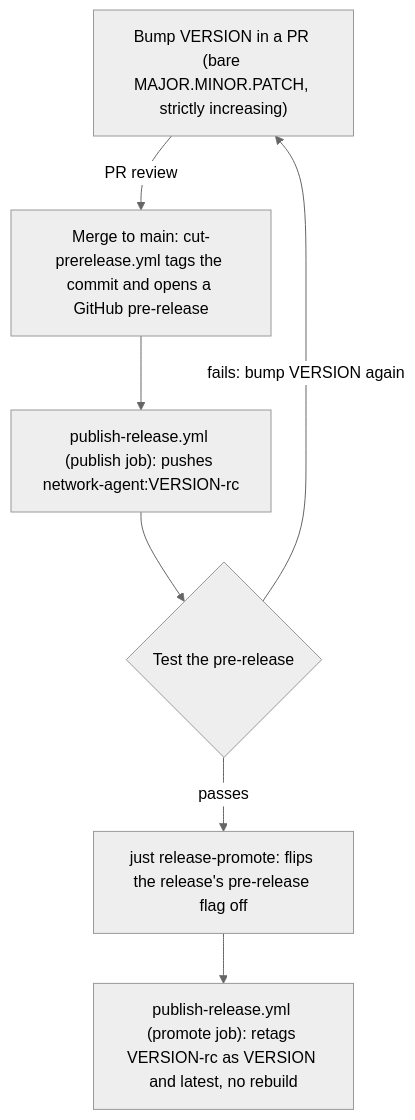
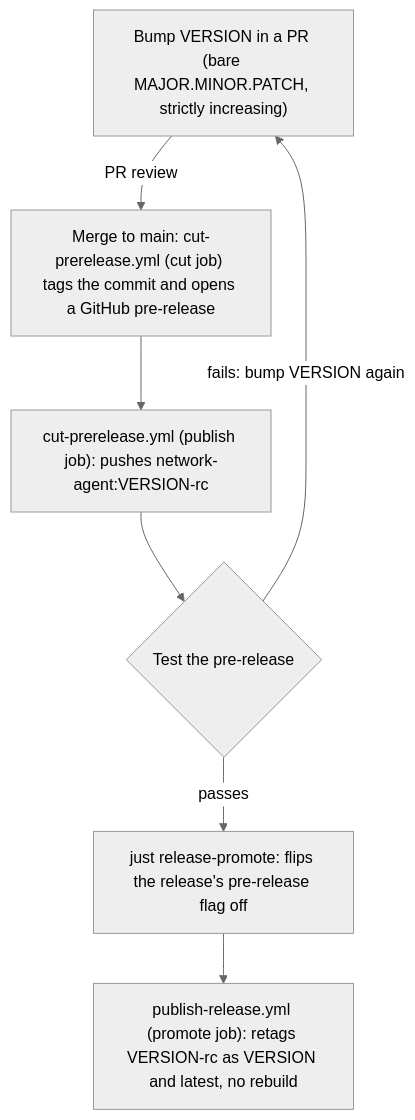
One commit to newrelic-forks/newrelic-network-agent changed the diagram in docs/RELEASING.md. Above: the diagram before and after it, drawn with Mermaid (neutral theme). The commit also changed other lines of this file and 2 other files, not shown here.

````diff
--- a/docs/RELEASING.md
+++ b/docs/RELEASING.md
@@ -24,16 +24,16 @@
 ```mermaid
 flowchart TD
     A["Bump VERSION in a PR (bare MAJOR.MINOR.PATCH, strictly increasing)"]
-    B["Merge to main: cut-prerelease.yml tags the commit and opens a GitHub pre-release"]
-    C["publish-release.yml (publish job): pushes network-agent:VERSION-rc"]
+    B["Merge to main: cut-prerelease.yml (cut job) tags the commit and opens a GitHub pre-release"]
+    C["cut-prerelease.yml (publish job): pushes network-agent:VERSION-rc"]
     D{"Test the pre-release"}
     E["just release-promote: flips the release's pre-release flag off"]
     F["publish-release.yml (promote job): retags VERSION-rc as VERSION and latest, no rebuild"]
 
     A -->|PR review| B
     B --> C
     C --> D
     D -->|fails: bump VERSION again| A
     D -->|passes| E
     E --> F
 ```
````
